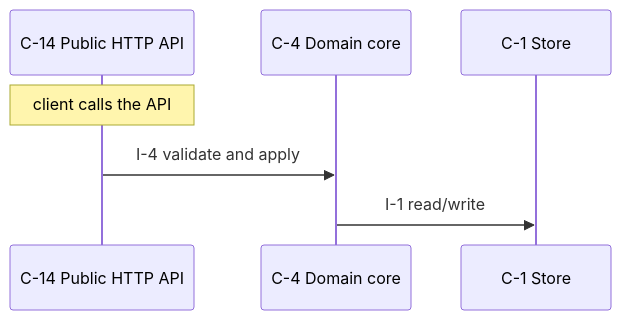
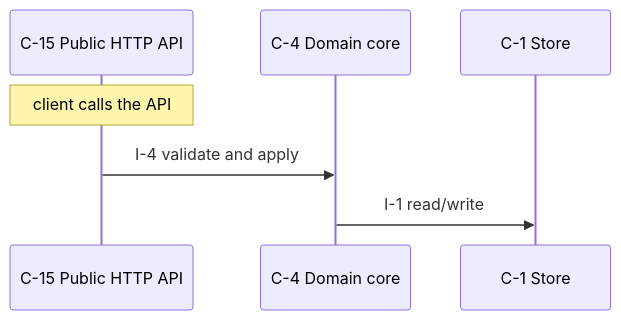
The second of 4 diagrams in examples/eval/docsearch.DESIGN.md (yui9696/sekkei), drawn with Mermaid before and after one commit. The commit also changed other lines of this file and 28 other files, not shown here.

````diff
--- a/examples/eval/docsearch.DESIGN.md
+++ b/examples/eval/docsearch.DESIGN.md
@@ -457,9 +491,9 @@
 ```mermaid
 sequenceDiagram
-  participant C_14 as C-14 Public HTTP API
+  participant C_15 as C-15 Public HTTP API
   participant C_4 as C-4 Domain core
   participant C_1 as C-1 Store
-  Note over C_14: client calls the API
-  C_14->>C_4: I-4 validate and apply
+  Note over C_15: client calls the API
+  C_15->>C_4: I-4 validate and apply
   C_4->>C_1: I-1 read/write
 ```
````
